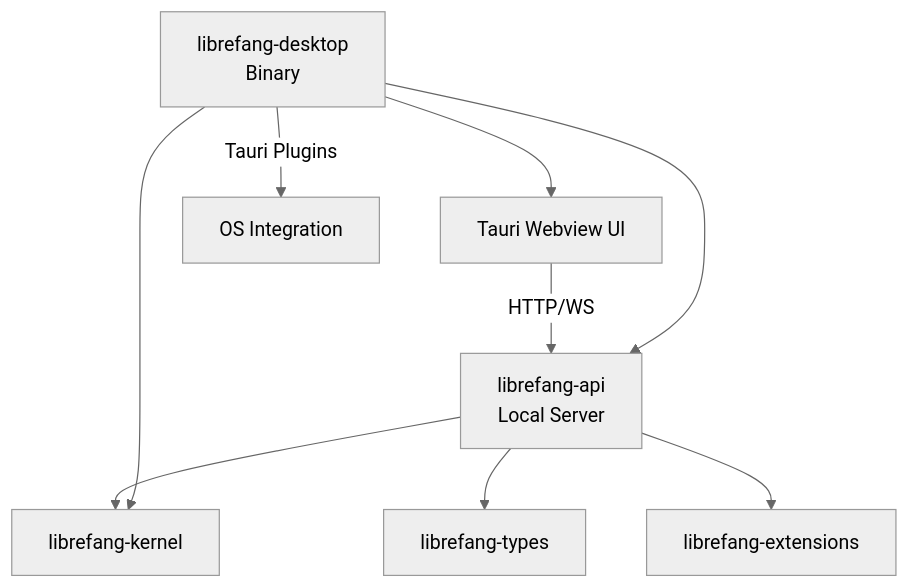
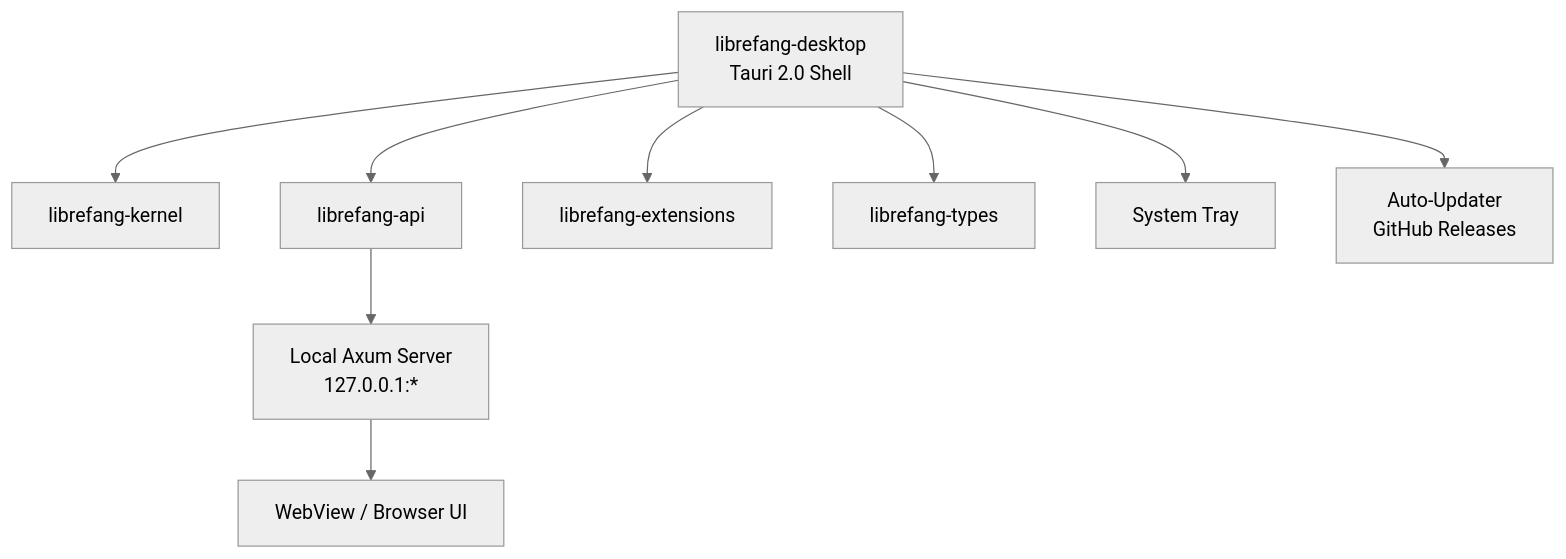
The diagram in other-librefang-desktop.md (leszek3737/librefang-WIki), drawn with Mermaid (neutral theme) before and after one commit. The commit also changed other lines of this file and 120 other files, not shown here.

````diff
--- a/other-librefang-desktop.md
+++ b/other-librefang-desktop.md
@@ -11,11 +11,11 @@
 ```mermaid
 graph TD
-    UI[Tauri Webview UI] -->|HTTP/WS| API[librefang-api<br>Local Server]
-    API --> Kernel[librefang-kernel]
-    API --> Types[librefang-types]
-    API --> Extensions[librefang-extensions]
-    App[librefang-desktop<br>Binary] --> UI
-    App --> API
-    App --> Kernel
-    App -->|Tauri Plugins| OS[OS Integration]
+    A[librefang-desktop<br/>Tauri 2.0 Shell] --> B[librefang-kernel]
+    A --> C[librefang-api]
+    A --> D[librefang-extensions]
+    A --> E[librefang-types]
+    C --> F[Local Axum Server<br/>127.0.0.1:*]
+    F --> G[WebView / Browser UI]
+    A --> H[System Tray]
+    A --> I[Auto-Updater<br/>GitHub Releases]
 ```
````
